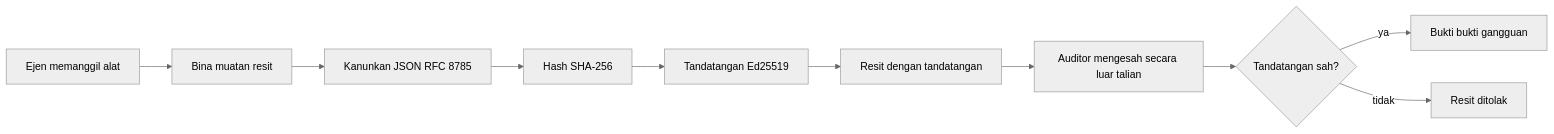
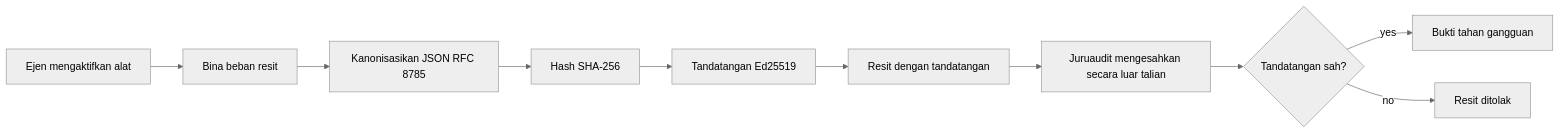
The first of 2 diagrams in translations/ms/18-securing-ai-agents/README.md (microsoft/ai-agents-for-beginners), drawn with Mermaid (neutral theme) before and after one commit. The commit also changed other lines of this file and 222 other files, not shown here.

````diff
--- a/translations/ms/18-securing-ai-agents/README.md
+++ b/translations/ms/18-securing-ai-agents/README.md
@@ -51,12 +51,12 @@
 ```mermaid
 flowchart LR
-    A[Ejen memanggil alat] --> B[Bina muatan resit]
-    B --> C[Kanunkan JSON RFC 8785]
+    A[Ejen mengaktifkan alat] --> B[Bina beban resit]
+    B --> C[Kanonisasikan JSON RFC 8785]
     C --> D[Hash SHA-256]
     D --> E[Tandatangan Ed25519]
     E --> F[Resit dengan tandatangan]
-    F --> G[Auditor mengesah secara luar talian]
+    F --> G[Juruaudit mengesahkan secara luar talian]
     G --> H{Tandatangan sah?}
-    H -- ya --> I[Bukti bukti gangguan]
-    H -- tidak --> J[Resit ditolak]
+    H -- yes --> I[Bukti tahan gangguan]
+    H -- no --> J[Resit ditolak]
 ```
````
